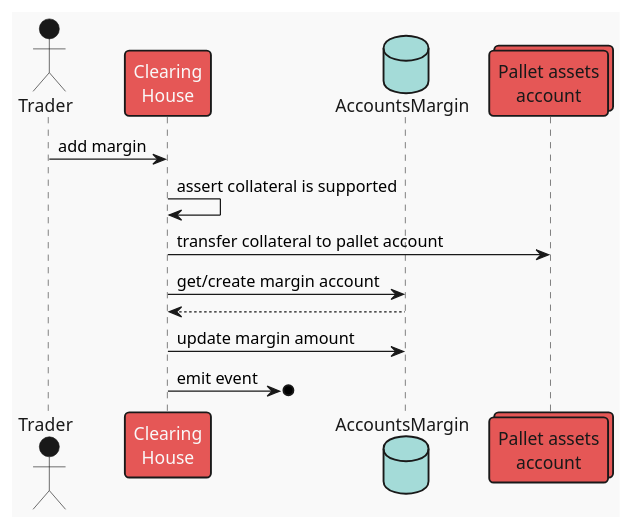
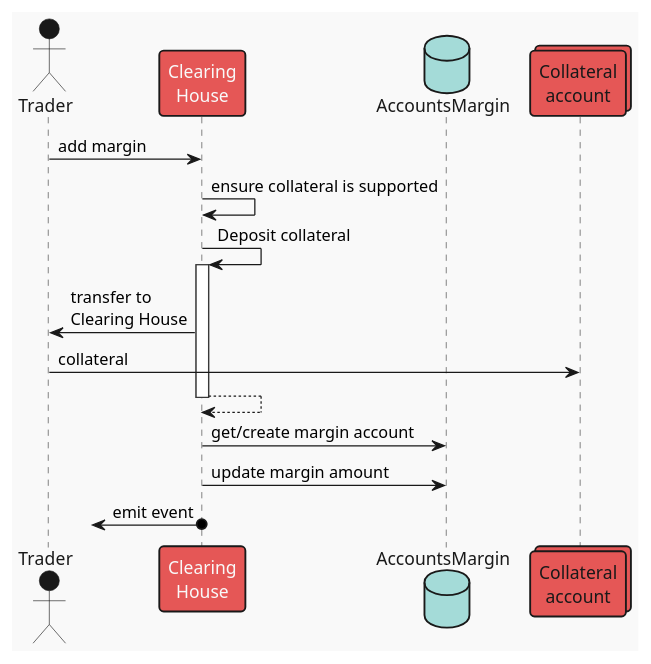
Before and after one commit to ComposableFi/composable: the diagram in frame/clearing-house/diagrams/add-margin.plantuml, drawn with PlantUML. The commit also changed 5 other files, not shown here.

First line of the commit message:
docs(CH): overhaul sequence diagrams

```diff
--- a/frame/clearing-house/diagrams/add-margin.plantuml
+++ b/frame/clearing-house/diagrams/add-margin.plantuml
@@ -1,21 +1,23 @@
 @startuml Add margin
 !theme mars
 
-actor Trader
+actor "Trader" as user
 participant "Clearing\nHouse" as CH
 database "AccountsMargin" as CHS
-collections "Pallet assets\naccount" as Acc
+collections "Collateral\naccount" as Acc
 
-Trader -> CH : add margin
+user -> CH : add margin
 
-CH -> CH : assert collateral is supported
+CH -> CH : ensure collateral is supported
 
-CH -> Acc : transfer collateral to pallet account
+CH -> CH ++: Deposit collateral
+    CH -> user : transfer to\nClearing House
+    user -> Acc : collateral
+return
 
 CH -> CHS : get/create margin account
-return
 
 CH -> CHS : update margin amount
 
-CH ->o? : emit event
+?<-o CH : emit event
 @enduml
```
